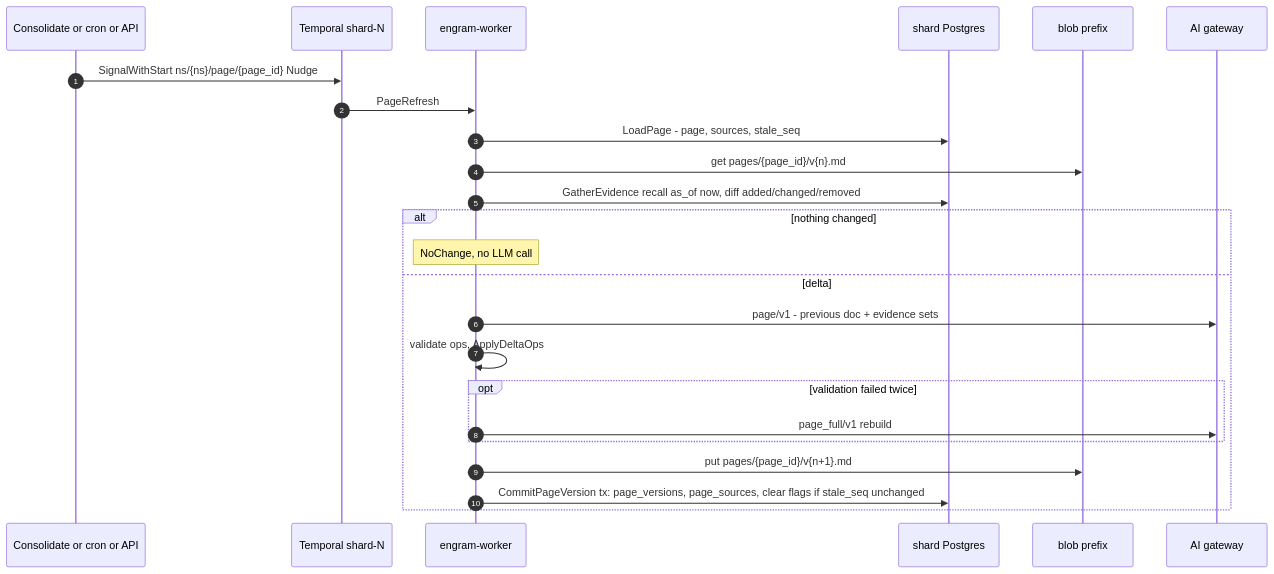
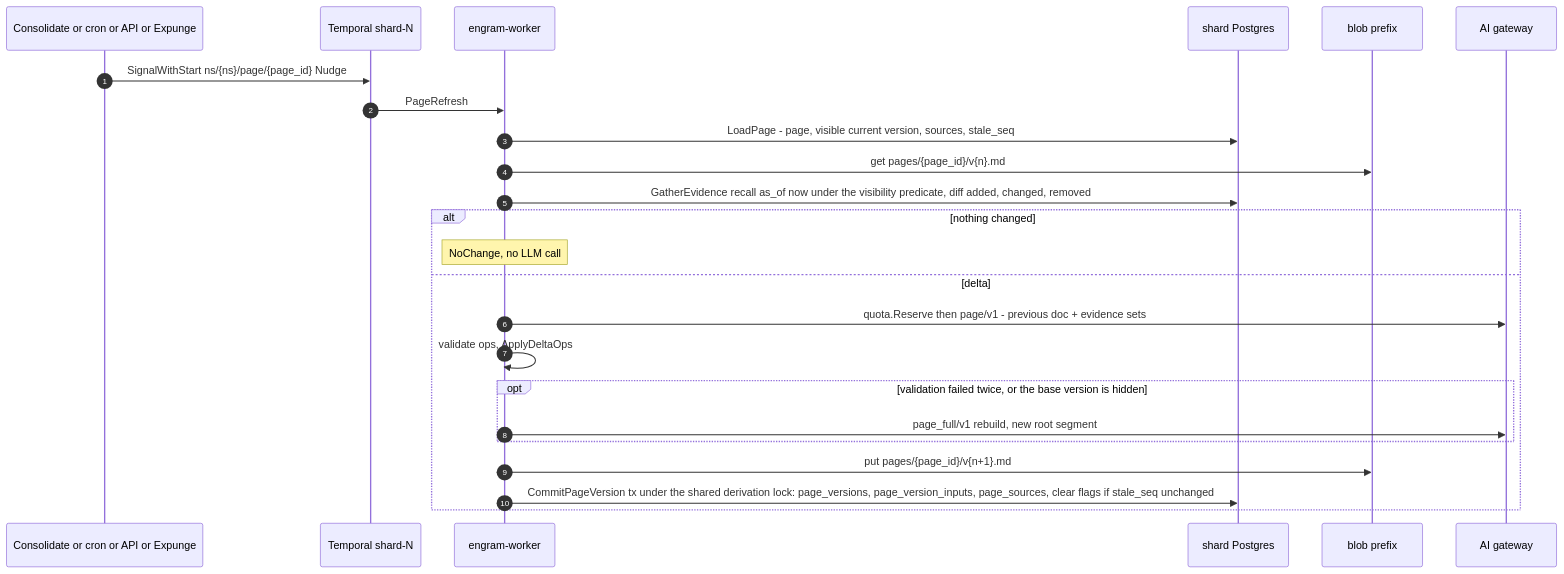
The third of 6 diagrams in plans/engram/sections/05-pipelines.md (gstamatakis95/agent-memory-benchmark), drawn with Mermaid before and after one commit. The commit also changed other lines of this file and 15 other files, not shown here.

````diff
--- a/plans/engram/sections/05-pipelines.md
+++ b/plans/engram/sections/05-pipelines.md
@@ -1125,26 +859,26 @@
 ```mermaid
 sequenceDiagram
   autonumber
-  participant C as Consolidate or cron or API
+  participant C as Consolidate or cron or API or Expunge
   participant T as Temporal shard-N
   participant W as engram-worker
   participant DB as shard Postgres
   participant B as blob prefix
   participant G as AI gateway
   C->>T: SignalWithStart ns/{ns}/page/{page_id} Nudge
   T->>W: PageRefresh
- W->>DB: LoadPage - page, sources, stale_seq
+  W->>DB: LoadPage - page, visible current version, sources, stale_seq
   W->>B: get pages/{page_id}/v{n}.md
-  W->>DB: GatherEvidence recall as_of now, diff added/changed/removed
+  W->>DB: GatherEvidence recall as_of now under the visibility predicate, diff added, changed, removed
   alt nothing changed
     Note over W: NoChange, no LLM call
   else delta
- W->>G: page/v1 - previous doc + evidence sets
+    W->>G: quota.Reserve then page/v1 - previous doc + evidence sets
     W->>W: validate ops, ApplyDeltaOps
-    opt validation failed twice
-      W->>G: page_full/v1 rebuild
+    opt validation failed twice, or the base version is hidden
+      W->>G: page_full/v1 rebuild, new root segment
     end
     W->>B: put pages/{page_id}/v{n+1}.md
-    W->>DB: CommitPageVersion tx: page_versions, page_sources, clear flags if stale_seq unchanged
+    W->>DB: CommitPageVersion tx under the shared derivation lock: page_versions, page_version_inputs, page_sources, clear flags if stale_seq unchanged
   end
 ```
````
